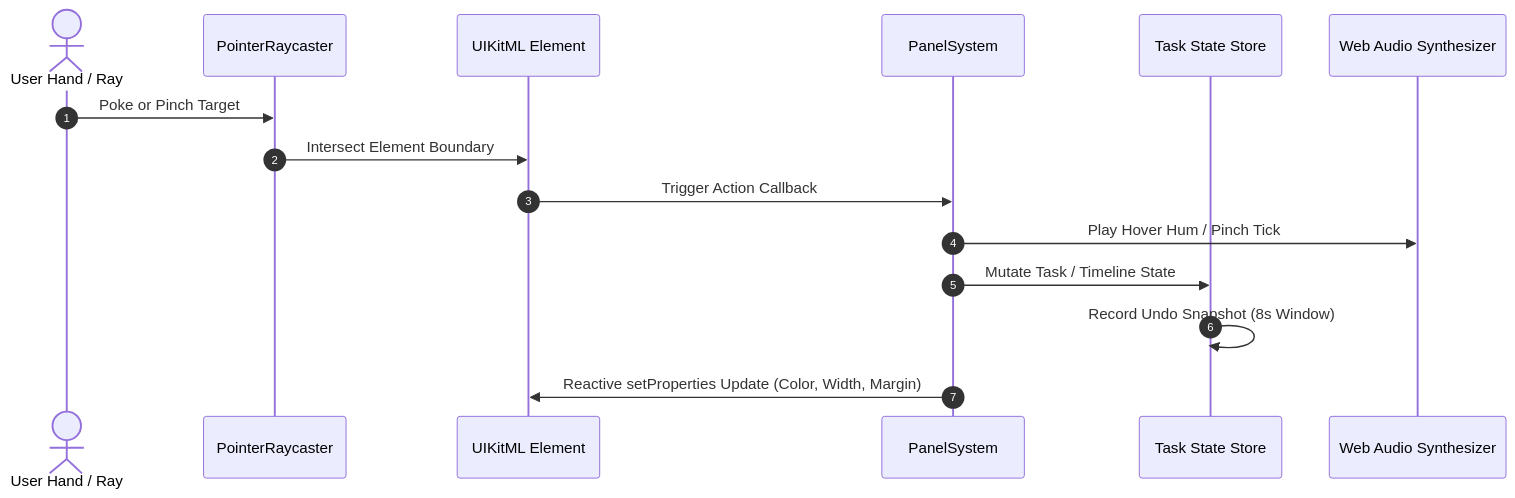
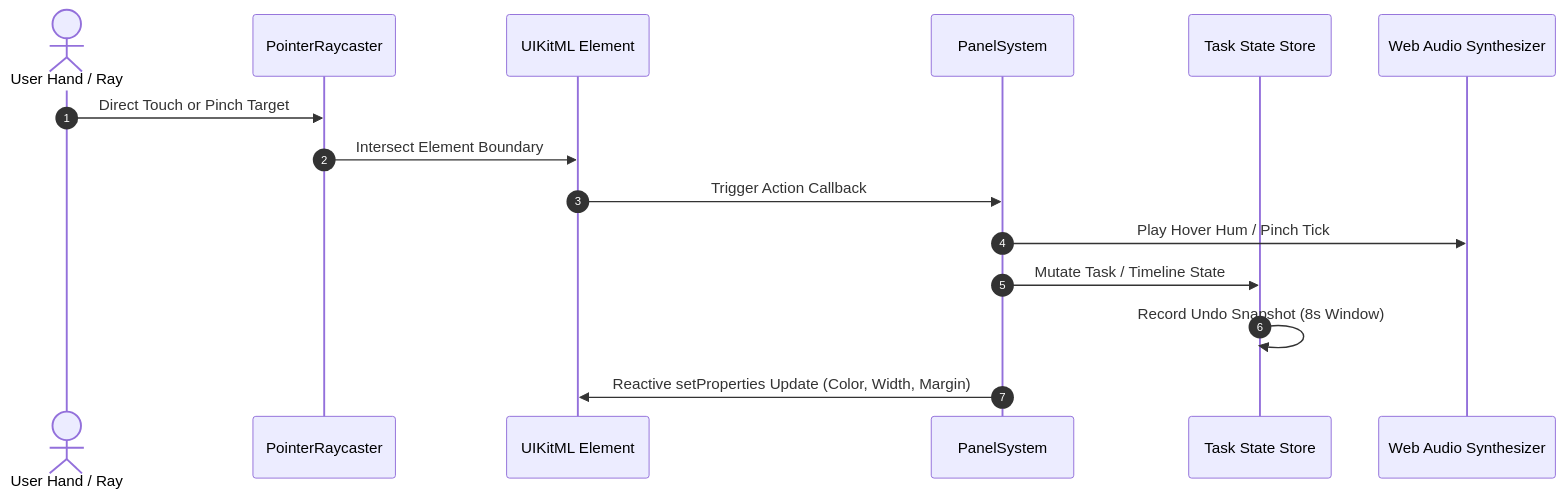
Before and after one commit to Madhavan20906/Deskmate: the second of 3 diagrams in README.md, drawn with Mermaid. The commit also changed other lines of this file and 4 other files, not shown here.

Commit message:
feat: polish spatial ergonomics, hands-first default, timeline positioning, and Focus Studio controls

````diff
--- a/README.md
+++ b/README.md
@@ -156,18 +175,18 @@
 ```mermaid
 sequenceDiagram
     autonumber
     actor User as User Hand / Ray
     participant Ray as PointerRaycaster
     participant UI as UIKitML Element
     participant Panel as PanelSystem
     participant Store as Task State Store
     participant Audio as Web Audio Synthesizer
 
-    User->>Ray: Poke or Pinch Target
+    User->>Ray: Direct Touch or Pinch Target
     Ray->>UI: Intersect Element Boundary
     UI->>Panel: Trigger Action Callback
     Panel->>Audio: Play Hover Hum / Pinch Tick
     Panel->>Store: Mutate Task / Timeline State
     Store->>Store: Record Undo Snapshot (8s Window)
     Panel->>UI: Reactive setProperties Update (Color, Width, Margin)
 ```
````
